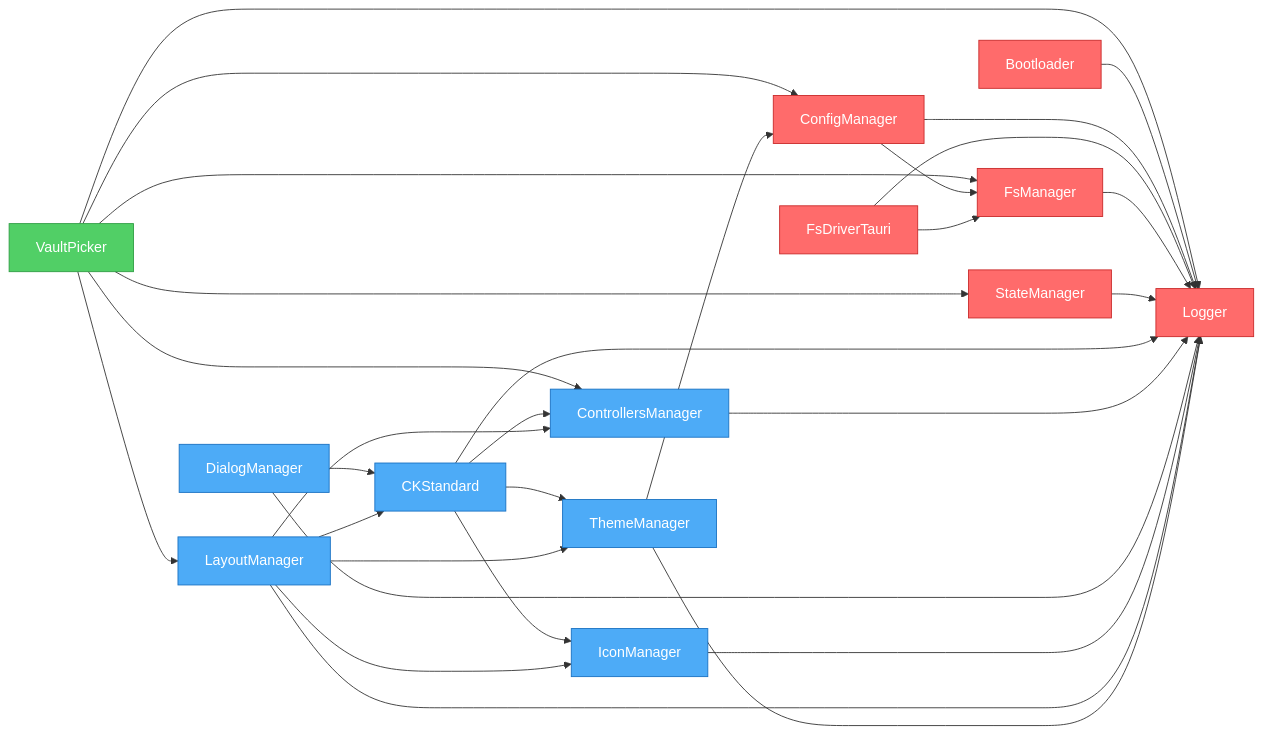
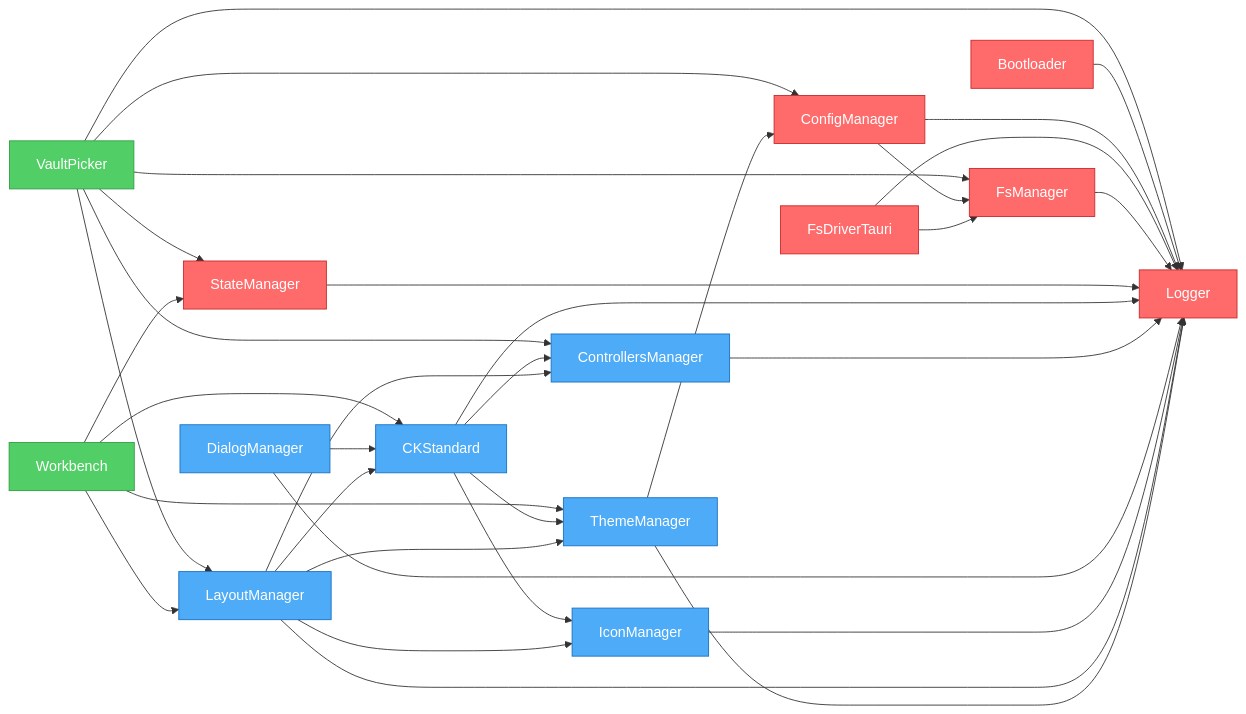
One commit to khton-tech/notehub.md changed the diagram in artifacts/graph.mmd. Above: the diagram before and after it, drawn with Mermaid. The commit also changed 22 other files, not shown here.

Commit message:
feat: Add layout, config, workbench, and vault-picker plugins along with core UI components.

```diff
--- a/artifacts/graph.mmd
+++ b/artifacts/graph.mmd
@@ -1,50 +1,56 @@
 flowchart LR
     nh_features_vault-picker["VaultPicker"]
+    nh_features_workbench["Workbench"]
     nh_system_bootloader["Bootloader"]
     nh_system_config-manager["ConfigManager"]
     nh_system_fs-driver-tauri["FsDriverTauri"]
     nh_system_fs-manager["FsManager"]
     nh_system_logger["Logger"]
     nh_system_state-manager["StateManager"]
     nh_ui_ck-standard["CKStandard"]
     nh_ui_controllers-manager["ControllersManager"]
     nh_ui_dialog-manager["DialogManager"]
     nh_ui_icon-manager["IconManager"]
     nh_ui_layout-manager["LayoutManager"]
     nh_ui_theme-manager["ThemeManager"]
     nh_features_vault-picker --> nh_system_fs-manager
     nh_features_vault-picker --> nh_system_config-manager
     nh_features_vault-picker --> nh_system_state-manager
     nh_features_vault-picker --> nh_system_logger
     nh_features_vault-picker --> nh_ui_controllers-manager
     nh_features_vault-picker --> nh_ui_layout-manager
+    nh_features_workbench --> nh_ui_layout-manager
+    nh_features_workbench --> nh_ui_theme-manager
+    nh_features_workbench --> nh_ui_ck-standard
+    nh_features_workbench --> nh_system_state-manager
     nh_system_bootloader --> nh_system_logger
     nh_system_config-manager --> nh_system_logger
     nh_system_config-manager --> nh_system_fs-manager
     nh_system_fs-driver-tauri --> nh_system_logger
     nh_system_fs-driver-tauri --> nh_system_fs-manager
     nh_system_fs-manager --> nh_system_logger
     nh_system_state-manager --> nh_system_logger
     nh_ui_ck-standard --> nh_system_logger
     nh_ui_ck-standard --> nh_ui_controllers-manager
     nh_ui_ck-standard --> nh_ui_icon-manager
     nh_ui_ck-standard --> nh_ui_theme-manager
     nh_ui_controllers-manager --> nh_system_logger
     nh_ui_dialog-manager --> nh_system_logger
     nh_ui_dialog-manager --> nh_ui_ck-standard
     nh_ui_icon-manager --> nh_system_logger
     nh_ui_layout-manager --> nh_system_logger
     nh_ui_layout-manager --> nh_ui_theme-manager
     nh_ui_layout-manager --> nh_ui_icon-manager
     nh_ui_layout-manager --> nh_ui_controllers-manager
     nh_ui_layout-manager --> nh_ui_ck-standard
     nh_ui_theme-manager --> nh_system_logger
     nh_ui_theme-manager --> nh_system_config-manager
 
     %% Styles
     classDef system fill:#ff6b6b,stroke:#c92a2a,color:#fff
     classDef ui fill:#4dabf7,stroke:#1971c2,color:#fff
     classDef feature fill:#51cf66,stroke:#2f9e44,color:#fff
     class nh_features_vault-picker feature
+    class nh_features_workbench feature
     class nh_system_bootloader,nh_system_config-manager,nh_system_fs-driver-tauri,nh_system_fs-manager,nh_system_logger,nh_system_state-manager system
     class nh_ui_ck-standard,nh_ui_controllers-manager,nh_ui_dialog-manager,nh_ui_icon-manager,nh_ui_layout-manager,nh_ui_theme-manager ui
```
